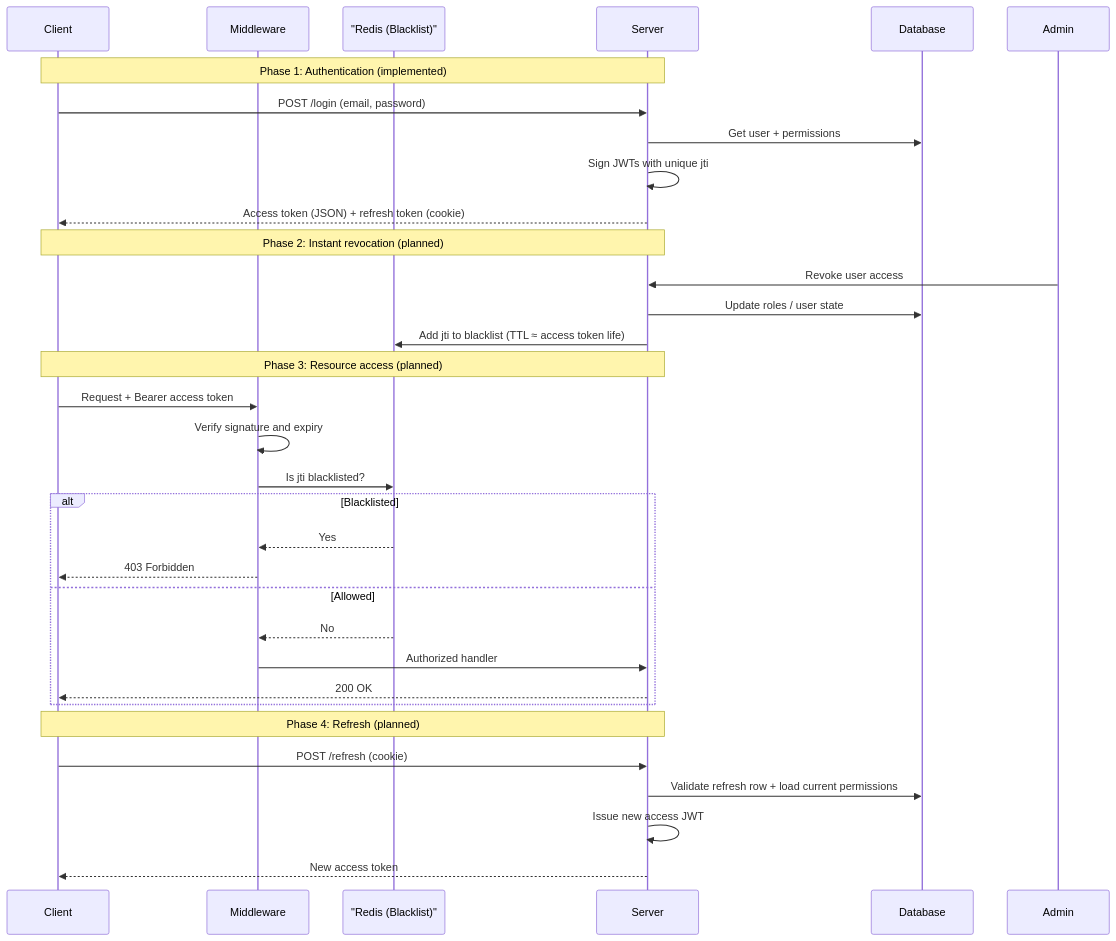
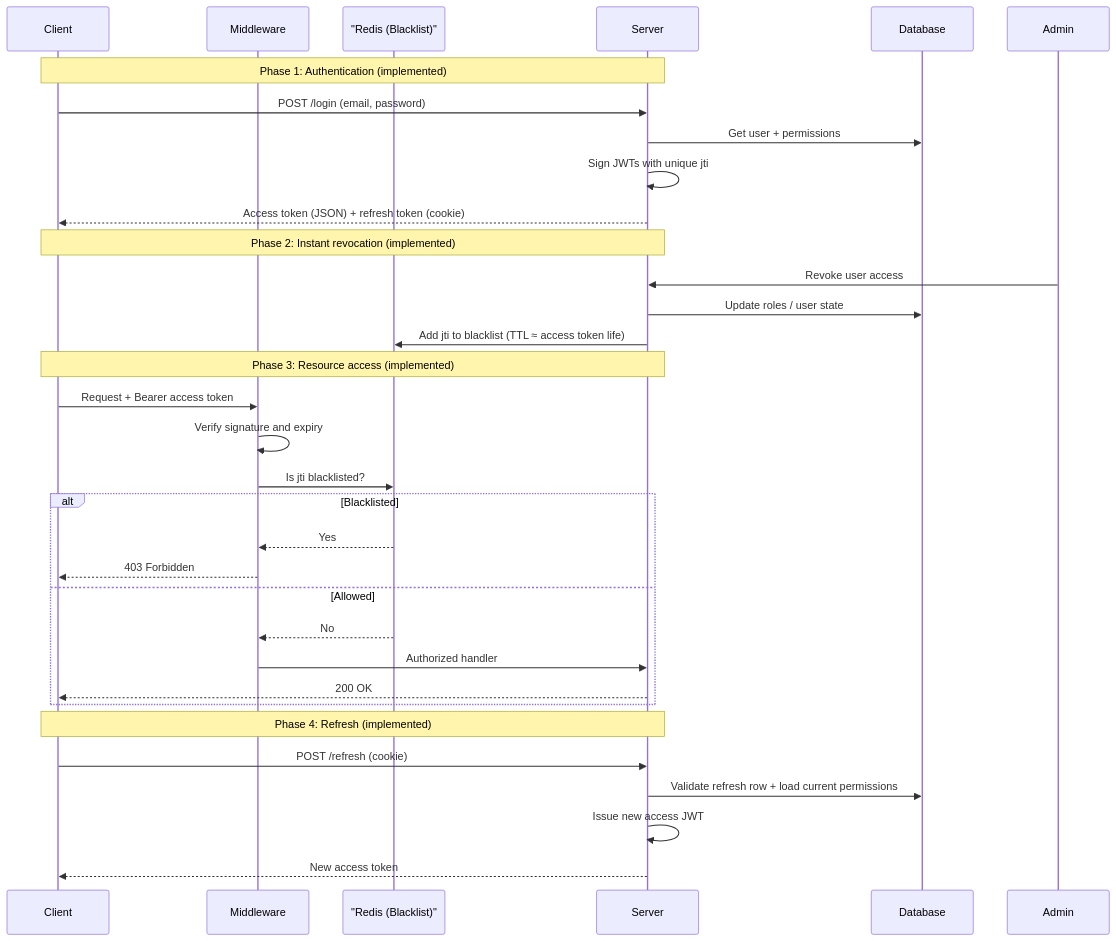
One commit to samuelorobosa/hybridgate changed the diagram in README.md. Above: the diagram before and after it, drawn with Mermaid. The commit also changed other lines of this file and 9 other files, not shown here.

````diff
--- a/README.md
+++ b/README.md
@@ -65,39 +61,39 @@
 ```mermaid
 sequenceDiagram
     participant Client
     participant Middleware
     participant RedisBlacklist as "Redis (Blacklist)"
     participant Server
     participant Database
     participant Admin
 
     Note over Client, Server: Phase 1: Authentication (implemented)
     Client->>Server: POST /login (email, password)
     Server->>Database: Get user + permissions
     Server->>Server: Sign JWTs with unique jti
     Server-->>Client: Access token (JSON) + refresh token (cookie)
 
-    Note over Client, Server: Phase 2: Instant revocation (planned)
+    Note over Client, Server: Phase 2: Instant revocation (implemented)
     Admin->>Server: Revoke user access
     Server->>Database: Update roles / user state
     Server->>RedisBlacklist: Add jti to blacklist (TTL ≈ access token life)
 
-    Note over Client, Server: Phase 3: Resource access (planned)
+    Note over Client, Server: Phase 3: Resource access (implemented)
     Client->>Middleware: Request + Bearer access token
     Middleware->>Middleware: Verify signature and expiry
     Middleware->>RedisBlacklist: Is jti blacklisted?
     alt Blacklisted
         RedisBlacklist-->>Middleware: Yes
         Middleware-->>Client: 403 Forbidden
     else Allowed
         RedisBlacklist-->>Middleware: No
         Middleware->>Server: Authorized handler
         Server-->>Client: 200 OK
     end
 
-    Note over Client, Server: Phase 4: Refresh (planned)
+    Note over Client, Server: Phase 4: Refresh (implemented)
     Client->>Server: POST /refresh (cookie)
     Server->>Database: Validate refresh row + load current permissions
     Server->>Server: Issue new access JWT
     Server-->>Client: New access token
 ```
````
